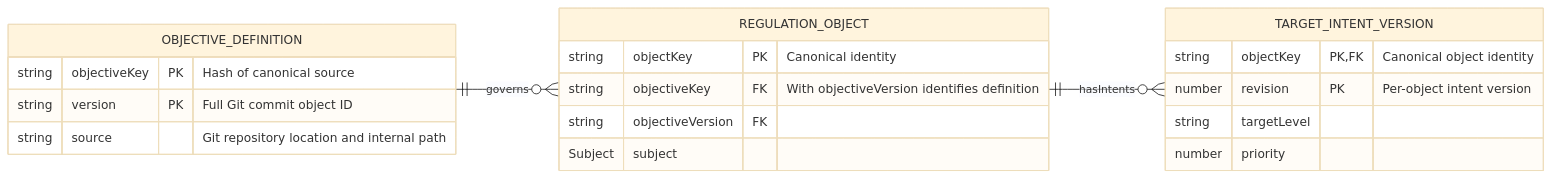
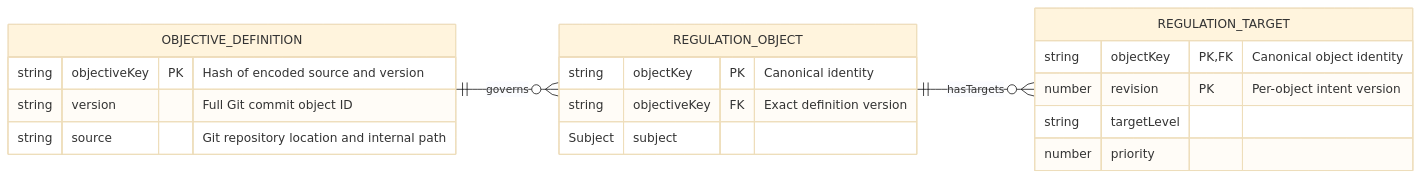
The first of 2 diagrams in .silvermoon/ideas/01M5E7N9F5Y0ZN1SYKDFYEVA20/outer/inner/ideal/Types.md (shazhou-ww/potential-guide), drawn with Mermaid (base theme) before and after one commit. The commit also changed other lines of this file and 4 other files, not shown here.

Commit message:
docs: use single versioned objective key and clarify target naming

````diff
--- a/.silvermoon/ideas/01M5E7N9F5Y0ZN1SYKDFYEVA20/outer/inner/ideal/Types.md
+++ b/.silvermoon/ideas/01M5E7N9F5Y0ZN1SYKDFYEVA20/outer/inner/ideal/Types.md
@@ -43,24 +43,23 @@
 ```mermaid
 erDiagram
     direction LR
     OBJECTIVE_DEFINITION ||--o{ REGULATION_OBJECT : governs
-    REGULATION_OBJECT ||--o{ TARGET_INTENT_VERSION : hasIntents
+    REGULATION_OBJECT ||--o{ REGULATION_TARGET : hasTargets
 
     OBJECTIVE_DEFINITION {
-        string objectiveKey PK "Hash of canonical source"
-        string version PK "Full Git commit object ID"
+        string objectiveKey PK "Hash of encoded source and version"
+        string version "Full Git commit object ID"
         string source "Git repository location and internal path"
     }
-    TARGET_INTENT_VERSION {
+    REGULATION_TARGET {
         string objectKey PK, FK "Canonical object identity"
         number revision PK "Per-object intent version"
         string targetLevel
         number priority
     }
     REGULATION_OBJECT {
         string objectKey PK "Canonical identity"
-        string objectiveKey FK "With objectiveVersion identifies definition"
-        string objectiveVersion FK
+        string objectiveKey FK "Exact definition version"
         Subject subject
     }
 ```
````
